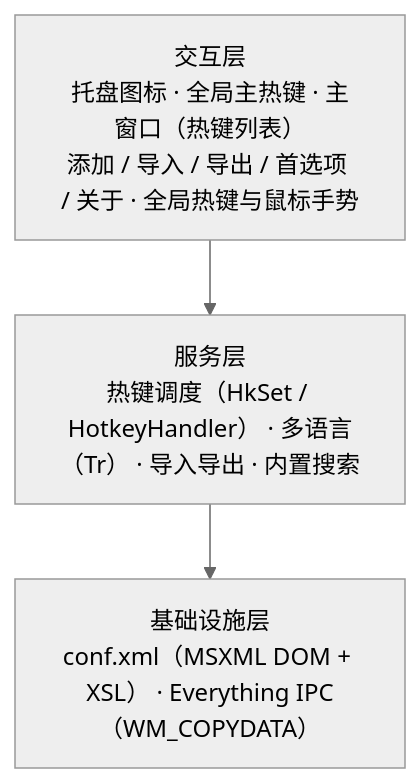
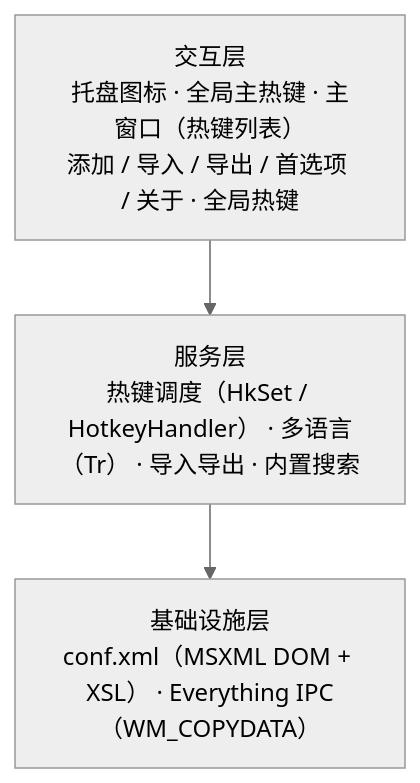
Before and after one commit to YinsitanAI/AHK-ToolKit: the third of 3 diagrams in README.md, drawn with Mermaid (neutral theme). The commit also changed other lines of this file and 2 other files, not shown here.

````diff
--- a/README.md
+++ b/README.md
@@ -368,7 +371,7 @@
 ```mermaid
 flowchart TB
-    UI["交互层<br/>托盘图标 · 全局主热键 · 主窗口（热键列表）<br/>添加 / 导入 / 导出 / 首选项 / 关于 · 全局热键与鼠标手势"]
+    UI["交互层<br/>托盘图标 · 全局主热键 · 主窗口（热键列表）<br/>添加 / 导入 / 导出 / 首选项 / 关于 · 全局热键"]
     SVC["服务层<br/>热键调度（HkSet / HotkeyHandler） · 多语言（Tr） · 导入导出 · 内置搜索"]
     INF["基础设施层<br/>conf.xml（MSXML DOM + XSL） · Everything IPC（WM_COPYDATA）"]
     UI --> SVC --> INF
 ```
````
